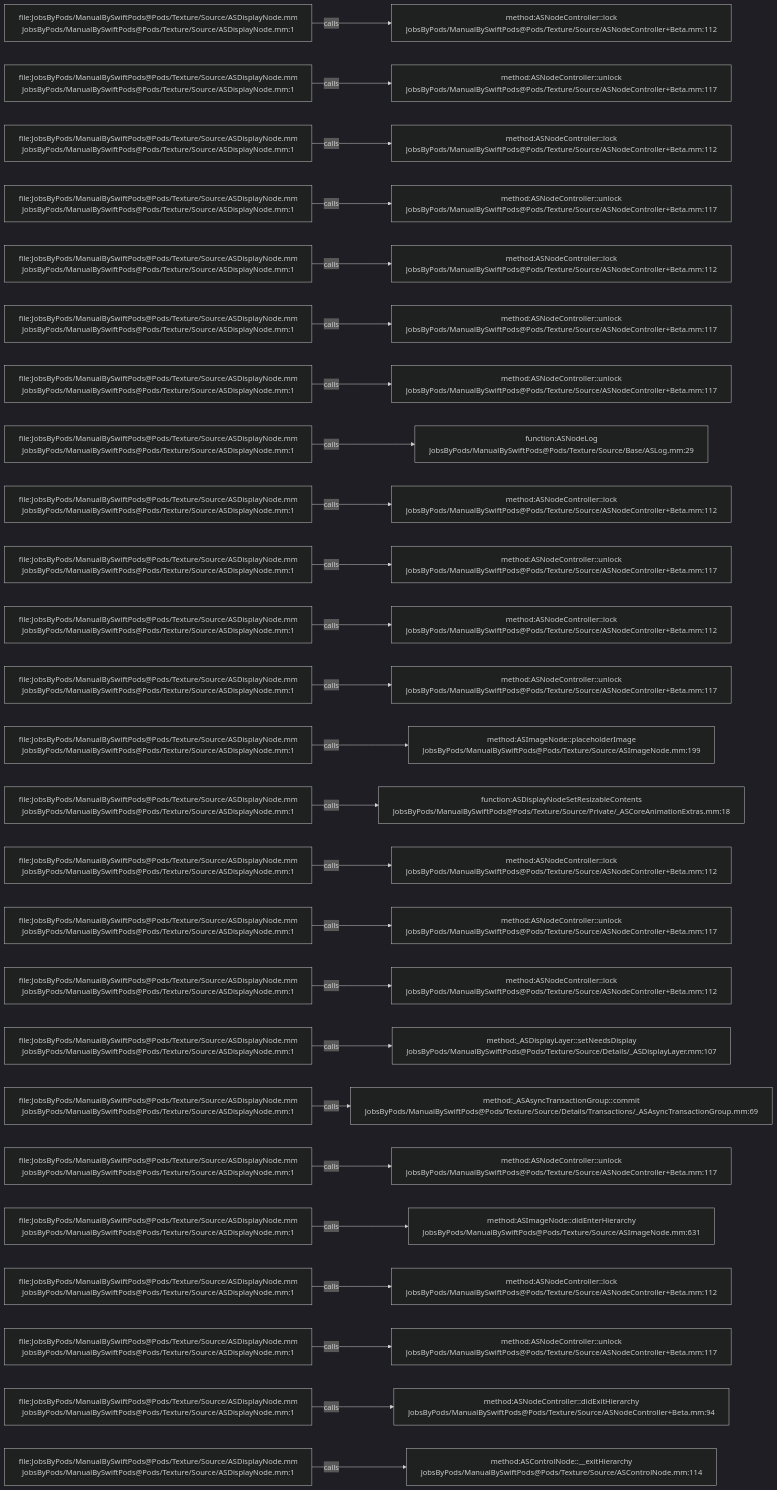
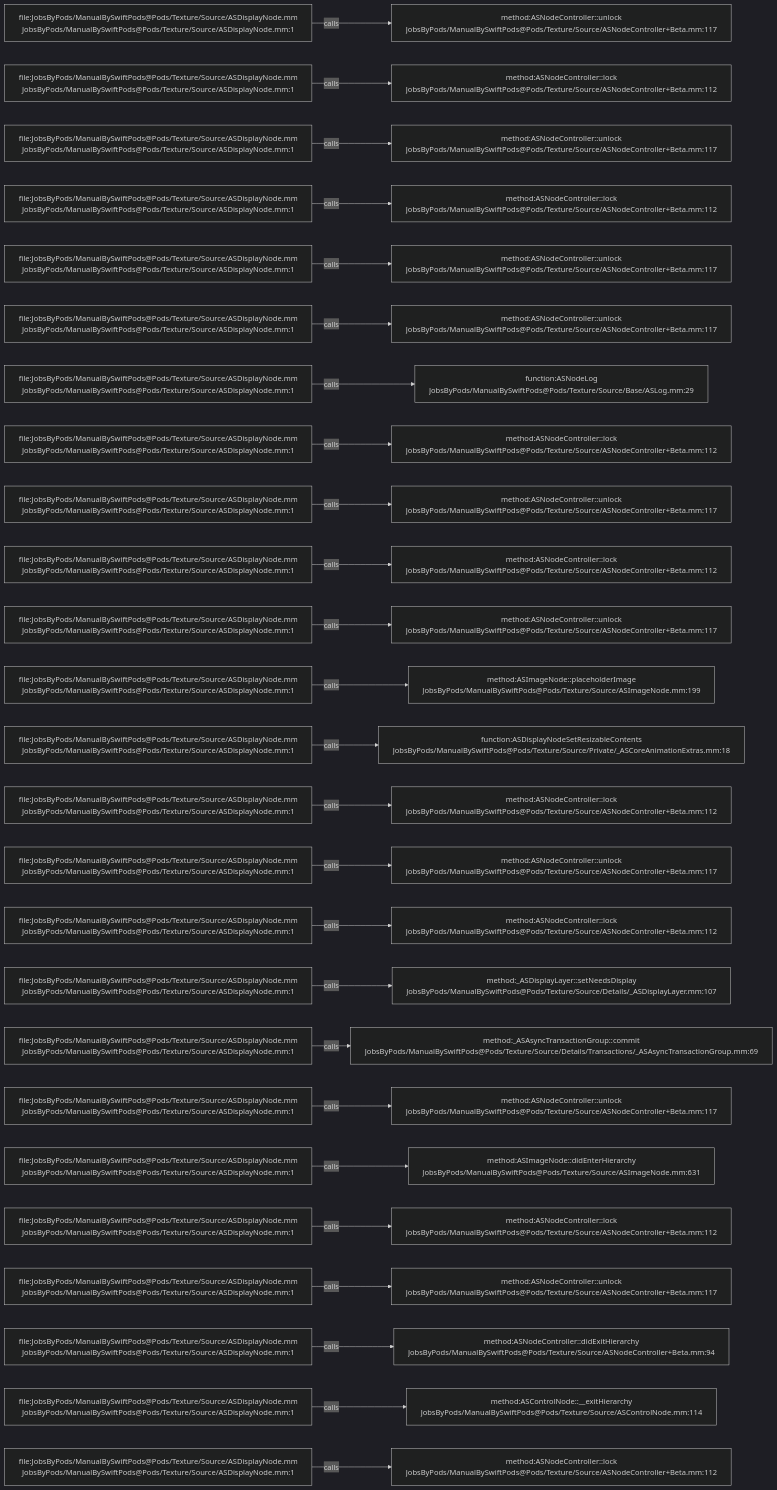
Before and after one commit to JobsKits/JobsSwiftBaseConfigDemo: the diagram in .codegraph/codegraph.md/graphs/calls-033.md, drawn with Mermaid (dark theme). The commit also changed 747 other files, not shown here.

````diff
--- a/.codegraph/codegraph.md/graphs/calls-033.md
+++ b/.codegraph/codegraph.md/graphs/calls-033.md
@@ -13,78 +13,78 @@
 ```mermaid
 flowchart LR
   S1["file:JobsByPods/ManualBySwiftPods@Pods/Texture/Source/ASDisplayNode.mm<br/>JobsByPods/ManualBySwiftPods@Pods/Texture/Source/ASDisplayNode.mm:1"]
-  T1["method:ASNodeController::lock<br/>JobsByPods/ManualBySwiftPods@Pods/Texture/Source/ASNodeController+Beta.mm:112"]
+  T1["method:ASNodeController::unlock<br/>JobsByPods/ManualBySwiftPods@Pods/Texture/Source/ASNodeController+Beta.mm:117"]
   S1 -->|calls| T1
   S2["file:JobsByPods/ManualBySwiftPods@Pods/Texture/Source/ASDisplayNode.mm<br/>JobsByPods/ManualBySwiftPods@Pods/Texture/Source/ASDisplayNode.mm:1"]
-  T2["method:ASNodeController::unlock<br/>JobsByPods/ManualBySwiftPods@Pods/Texture/Source/ASNodeController+Beta.mm:117"]
+  T2["method:ASNodeController::lock<br/>JobsByPods/ManualBySwiftPods@Pods/Texture/Source/ASNodeController+Beta.mm:112"]
   S2 -->|calls| T2
   S3["file:JobsByPods/ManualBySwiftPods@Pods/Texture/Source/ASDisplayNode.mm<br/>JobsByPods/ManualBySwiftPods@Pods/Texture/Source/ASDisplayNode.mm:1"]
-  T3["method:ASNodeController::lock<br/>JobsByPods/ManualBySwiftPods@Pods/Texture/Source/ASNodeController+Beta.mm:112"]
+  T3["method:ASNodeController::unlock<br/>JobsByPods/ManualBySwiftPods@Pods/Texture/Source/ASNodeController+Beta.mm:117"]
   S3 -->|calls| T3
   S4["file:JobsByPods/ManualBySwiftPods@Pods/Texture/Source/ASDisplayNode.mm<br/>JobsByPods/ManualBySwiftPods@Pods/Texture/Source/ASDisplayNode.mm:1"]
-  T4["method:ASNodeController::unlock<br/>JobsByPods/ManualBySwiftPods@Pods/Texture/Source/ASNodeController+Beta.mm:117"]
+  T4["method:ASNodeController::lock<br/>JobsByPods/ManualBySwiftPods@Pods/Texture/Source/ASNodeController+Beta.mm:112"]
   S4 -->|calls| T4
   S5["file:JobsByPods/ManualBySwiftPods@Pods/Texture/Source/ASDisplayNode.mm<br/>JobsByPods/ManualBySwiftPods@Pods/Texture/Source/ASDisplayNode.mm:1"]
-  T5["method:ASNodeController::lock<br/>JobsByPods/ManualBySwiftPods@Pods/Texture/Source/ASNodeController+Beta.mm:112"]
+  T5["method:ASNodeController::unlock<br/>JobsByPods/ManualBySwiftPods@Pods/Texture/Source/ASNodeController+Beta.mm:117"]
   S5 -->|calls| T5
   S6["file:JobsByPods/ManualBySwiftPods@Pods/Texture/Source/ASDisplayNode.mm<br/>JobsByPods/ManualBySwiftPods@Pods/Texture/Source/ASDisplayNode.mm:1"]
   T6["method:ASNodeController::unlock<br/>JobsByPods/ManualBySwiftPods@Pods/Texture/Source/ASNodeController+Beta.mm:117"]
   S6 -->|calls| T6
   S7["file:JobsByPods/ManualBySwiftPods@Pods/Texture/Source/ASDisplayNode.mm<br/>JobsByPods/ManualBySwiftPods@Pods/Texture/Source/ASDisplayNode.mm:1"]
-  T7["method:ASNodeController::unlock<br/>JobsByPods/ManualBySwiftPods@Pods/Texture/Source/ASNodeController+Beta.mm:117"]
+  T7["function:ASNodeLog<br/>JobsByPods/ManualBySwiftPods@Pods/Texture/Source/Base/ASLog.mm:29"]
   S7 -->|calls| T7
   S8["file:JobsByPods/ManualBySwiftPods@Pods/Texture/Source/ASDisplayNode.mm<br/>JobsByPods/ManualBySwiftPods@Pods/Texture/Source/ASDisplayNode.mm:1"]
-  T8["function:ASNodeLog<br/>JobsByPods/ManualBySwiftPods@Pods/Texture/Source/Base/ASLog.mm:29"]
+  T8["method:ASNodeController::lock<br/>JobsByPods/ManualBySwiftPods@Pods/Texture/Source/ASNodeController+Beta.mm:112"]
   S8 -->|calls| T8
   S9["file:JobsByPods/ManualBySwiftPods@Pods/Texture/Source/ASDisplayNode.mm<br/>JobsByPods/ManualBySwiftPods@Pods/Texture/Source/ASDisplayNode.mm:1"]
-  T9["method:ASNodeController::lock<br/>JobsByPods/ManualBySwiftPods@Pods/Texture/Source/ASNodeController+Beta.mm:112"]
+  T9["method:ASNodeController::unlock<br/>JobsByPods/ManualBySwiftPods@Pods/Texture/Source/ASNodeController+Beta.mm:117"]
   S9 -->|calls| T9
   S10["file:JobsByPods/ManualBySwiftPods@Pods/Texture/Source/ASDisplayNode.mm<br/>JobsByPods/ManualBySwiftPods@Pods/Texture/Source/ASDisplayNode.mm:1"]
-  T10["method:ASNodeController::unlock<br/>JobsByPods/ManualBySwiftPods@Pods/Texture/Source/ASNodeController+Beta.mm:117"]
+  T10["method:ASNodeController::lock<br/>JobsByPods/ManualBySwiftPods@Pods/Texture/Source/ASNodeController+Beta.mm:112"]
   S10 -->|calls| T10
   S11["file:JobsByPods/ManualBySwiftPods@Pods/Texture/Source/ASDisplayNode.mm<br/>JobsByPods/ManualBySwiftPods@Pods/Texture/Source/ASDisplayNode.mm:1"]
-  T11["method:ASNodeController::lock<br/>JobsByPods/ManualBySwiftPods@Pods/Texture/Source/ASNodeController+Beta.mm:112"]
+  T11["method:ASNodeController::unlock<br/>JobsByPods/ManualBySwiftPods@Pods/Texture/Source/ASNodeController+Beta.mm:117"]
   S11 -->|calls| T11
   S12["file:JobsByPods/ManualBySwiftPods@Pods/Texture/Source/ASDisplayNode.mm<br/>JobsByPods/ManualBySwiftPods@Pods/Texture/Source/ASDisplayNode.mm:1"]
-  T12["method:ASNodeController::unlock<br/>JobsByPods/ManualBySwiftPods@Pods/Texture/Source/ASNodeController+Beta.mm:117"]
+  T12["method:ASImageNode::placeholderImage<br/>JobsByPods/ManualBySwiftPods@Pods/Texture/Source/ASImageNode.mm:199"]
   S12 -->|calls| T12
   S13["file:JobsByPods/ManualBySwiftPods@Pods/Texture/Source/ASDisplayNode.mm<br/>JobsByPods/ManualBySwiftPods@Pods/Texture/Source/ASDisplayNode.mm:1"]
-  T13["method:ASImageNode::placeholderImage<br/>JobsByPods/ManualBySwiftPods@Pods/Texture/Source/ASImageNode.mm:199"]
+  T13["function:ASDisplayNodeSetResizableContents<br/>JobsByPods/ManualBySwiftPods@Pods/Texture/Source/Private/_ASCoreAnimationExtras.mm:18"]
   S13 -->|calls| T13
   S14["file:JobsByPods/ManualBySwiftPods@Pods/Texture/Source/ASDisplayNode.mm<br/>JobsByPods/ManualBySwiftPods@Pods/Texture/Source/ASDisplayNode.mm:1"]
-  T14["function:ASDisplayNodeSetResizableContents<br/>JobsByPods/ManualBySwiftPods@Pods/Texture/Source/Private/_ASCoreAnimationExtras.mm:18"]
+  T14["method:ASNodeController::lock<br/>JobsByPods/ManualBySwiftPods@Pods/Texture/Source/ASNodeController+Beta.mm:112"]
   S14 -->|calls| T14
   S15["file:JobsByPods/ManualBySwiftPods@Pods/Texture/Source/ASDisplayNode.mm<br/>JobsByPods/ManualBySwiftPods@Pods/Texture/Source/ASDisplayNode.mm:1"]
-  T15["method:ASNodeController::lock<br/>JobsByPods/ManualBySwiftPods@Pods/Texture/Source/ASNodeController+Beta.mm:112"]
+  T15["method:ASNodeController::unlock<br/>JobsByPods/ManualBySwiftPods@Pods/Texture/Source/ASNodeController+Beta.mm:117"]
   S15 -->|calls| T15
   S16["file:JobsByPods/ManualBySwiftPods@Pods/Texture/Source/ASDisplayNode.mm<br/>JobsByPods/ManualBySwiftPods@Pods/Texture/Source/ASDisplayNode.mm:1"]
-  T16["method:ASNodeController::unlock<br/>JobsByPods/ManualBySwiftPods@Pods/Texture/Source/ASNodeController+Beta.mm:117"]
+  T16["method:ASNodeController::lock<br/>JobsByPods/ManualBySwiftPods@Pods/Texture/Source/ASNodeController+Beta.mm:112"]
   S16 -->|calls| T16
   S17["file:JobsByPods/ManualBySwiftPods@Pods/Texture/Source/ASDisplayNode.mm<br/>JobsByPods/ManualBySwiftPods@Pods/Texture/Source/ASDisplayNode.mm:1"]
-  T17["method:ASNodeController::lock<br/>JobsByPods/ManualBySwiftPods@Pods/Texture/Source/ASNodeController+Beta.mm:112"]
+  T17["method:_ASDisplayLayer::setNeedsDisplay<br/>JobsByPods/ManualBySwiftPods@Pods/Texture/Source/Details/_ASDisplayLayer.mm:107"]
   S17 -->|calls| T17
   S18["file:JobsByPods/ManualBySwiftPods@Pods/Texture/Source/ASDisplayNode.mm<br/>JobsByPods/ManualBySwiftPods@Pods/Texture/Source/ASDisplayNode.mm:1"]
-  T18["method:_ASDisplayLayer::setNeedsDisplay<br/>JobsByPods/ManualBySwiftPods@Pods/Texture/Source/Details/_ASDisplayLayer.mm:107"]
+  T18["method:_ASAsyncTransactionGroup::commit<br/>JobsByPods/ManualBySwiftPods@Pods/Texture/Source/Details/Transactions/_ASAsyncTransactionGroup.mm:69"]
   S18 -->|calls| T18
   S19["file:JobsByPods/ManualBySwiftPods@Pods/Texture/Source/ASDisplayNode.mm<br/>JobsByPods/ManualBySwiftPods@Pods/Texture/Source/ASDisplayNode.mm:1"]
-  T19["method:_ASAsyncTransactionGroup::commit<br/>JobsByPods/ManualBySwiftPods@Pods/Texture/Source/Details/Transactions/_ASAsyncTransactionGroup.mm:69"]
+  T19["method:ASNodeController::unlock<br/>JobsByPods/ManualBySwiftPods@Pods/Texture/Source/ASNodeController+Beta.mm:117"]
   S19 -->|calls| T19
   S20["file:JobsByPods/ManualBySwiftPods@Pods/Texture/Source/ASDisplayNode.mm<br/>JobsByPods/ManualBySwiftPods@Pods/Texture/Source/ASDisplayNode.mm:1"]
-  T20["method:ASNodeController::unlock<br/>JobsByPods/ManualBySwiftPods@Pods/Texture/Source/ASNodeController+Beta.mm:117"]
+  T20["method:ASImageNode::didEnterHierarchy<br/>JobsByPods/ManualBySwiftPods@Pods/Texture/Source/ASImageNode.mm:631"]
   S20 -->|calls| T20
   S21["file:JobsByPods/ManualBySwiftPods@Pods/Texture/Source/ASDisplayNode.mm<br/>JobsByPods/ManualBySwiftPods@Pods/Texture/Source/ASDisplayNode.mm:1"]
-  T21["method:ASImageNode::didEnterHierarchy<br/>JobsByPods/ManualBySwiftPods@Pods/Texture/Source/ASImageNode.mm:631"]
+  T21["method:ASNodeController::lock<br/>JobsByPods/ManualBySwiftPods@Pods/Texture/Source/ASNodeController+Beta.mm:112"]
   S21 -->|calls| T21
   S22["file:JobsByPods/ManualBySwiftPods@Pods/Texture/Source/ASDisplayNode.mm<br/>JobsByPods/ManualBySwiftPods@Pods/Texture/Source/ASDisplayNode.mm:1"]
-  T22["method:ASNodeController::lock<br/>JobsByPods/ManualBySwiftPods@Pods/Texture/Source/ASNodeController+Beta.mm:112"]
+  T22["method:ASNodeController::unlock<br/>JobsByPods/ManualBySwiftPods@Pods/Texture/Source/ASNodeController+Beta.mm:117"]
   S22 -->|calls| T22
   S23["file:JobsByPods/ManualBySwiftPods@Pods/Texture/Source/ASDisplayNode.mm<br/>JobsByPods/ManualBySwiftPods@Pods/Texture/Source/ASDisplayNode.mm:1"]
-  T23["method:ASNodeController::unlock<br/>JobsByPods/ManualBySwiftPods@Pods/Texture/Source/ASNodeController+Beta.mm:117"]
+  T23["method:ASNodeController::didExitHierarchy<br/>JobsByPods/ManualBySwiftPods@Pods/Texture/Source/ASNodeController+Beta.mm:94"]
   S23 -->|calls| T23
   S24["file:JobsByPods/ManualBySwiftPods@Pods/Texture/Source/ASDisplayNode.mm<br/>JobsByPods/ManualBySwiftPods@Pods/Texture/Source/ASDisplayNode.mm:1"]
-  T24["method:ASNodeController::didExitHierarchy<br/>JobsByPods/ManualBySwiftPods@Pods/Texture/Source/ASNodeController+Beta.mm:94"]
+  T24["method:ASControlNode::__exitHierarchy<br/>JobsByPods/ManualBySwiftPods@Pods/Texture/Source/ASControlNode.mm:114"]
   S24 -->|calls| T24
   S25["file:JobsByPods/ManualBySwiftPods@Pods/Texture/Source/ASDisplayNode.mm<br/>JobsByPods/ManualBySwiftPods@Pods/Texture/Source/ASDisplayNode.mm:1"]
-  T25["method:ASControlNode::__exitHierarchy<br/>JobsByPods/ManualBySwiftPods@Pods/Texture/Source/ASControlNode.mm:114"]
+  T25["method:ASNodeController::lock<br/>JobsByPods/ManualBySwiftPods@Pods/Texture/Source/ASNodeController+Beta.mm:112"]
   S25 -->|calls| T25
 ```
````
